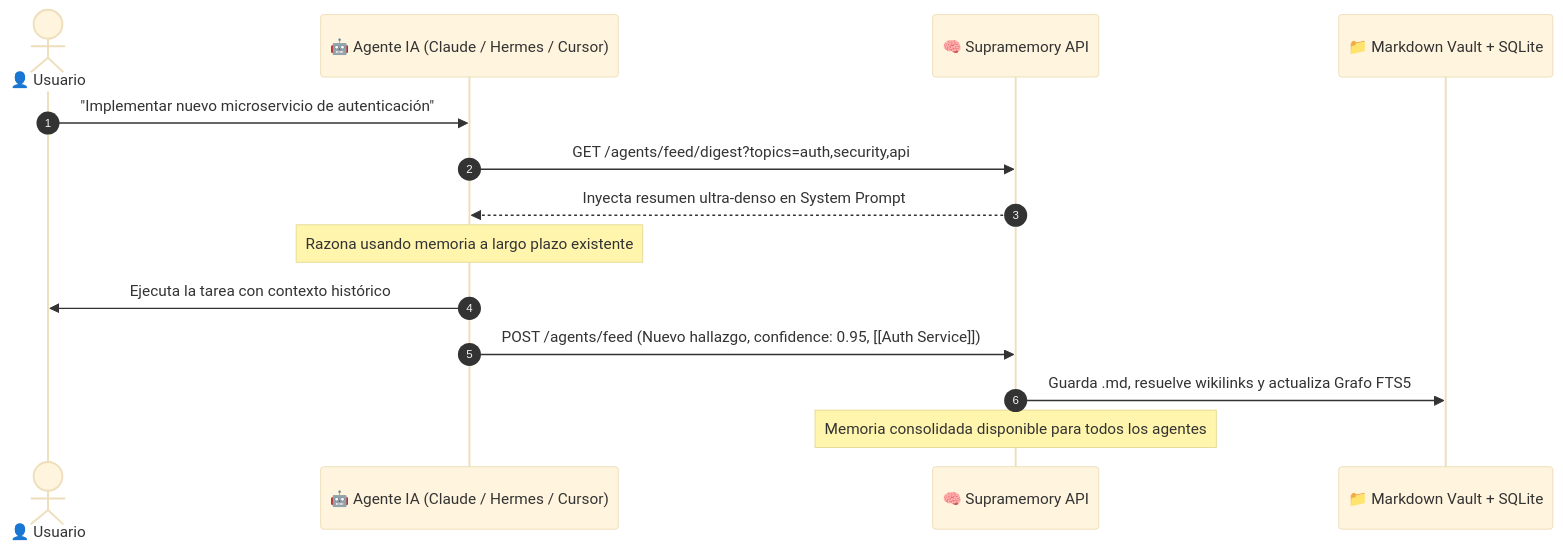
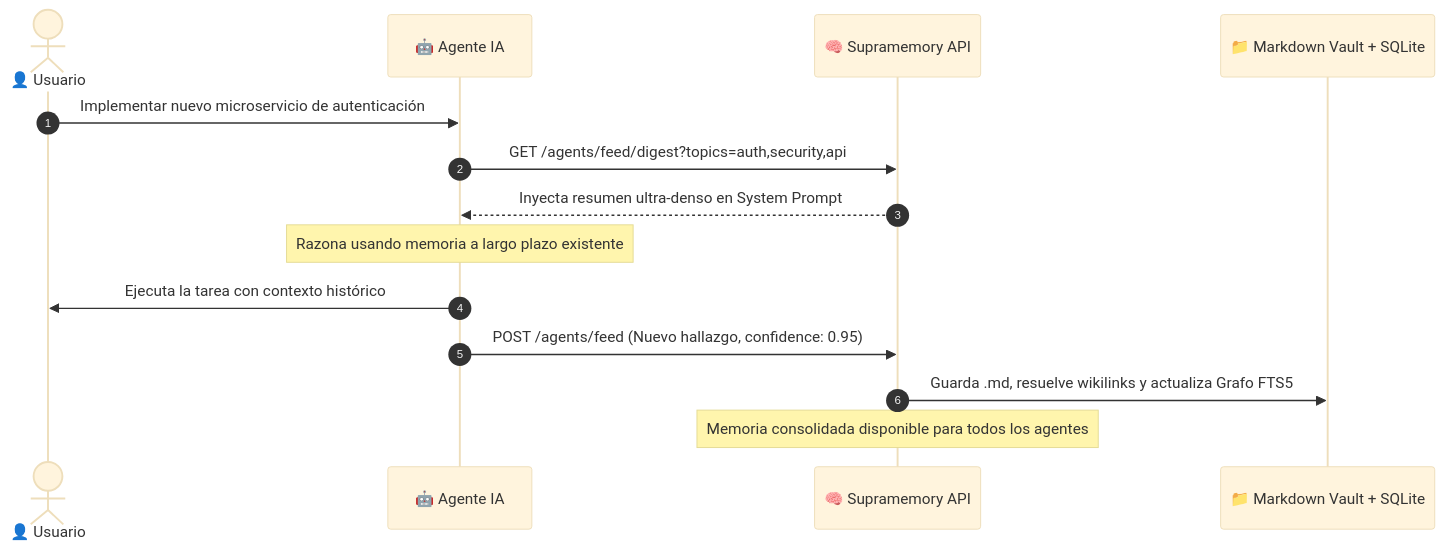
Before and after one commit to MikelCuellar/supramemory: the first of 3 diagrams in README.md, drawn with Mermaid (base theme). The commit also changed other lines of this file, not shown here.

Commit message:
docs(readme): fix Mermaid diagram syntax errors for GitHub rendering

````diff
--- a/README.md
+++ b/README.md
@@ -99,17 +99,17 @@
 ```mermaid
 sequenceDiagram
     autonumber
     actor User as 👤 Usuario
-    participant Agent as 🤖 Agente IA (Claude / Hermes / Cursor)
+    participant Agent as 🤖 Agente IA
     participant Supra as 🧠 Supramemory API
     participant Vault as 📁 Markdown Vault + SQLite
 
-    User->>Agent: "Implementar nuevo microservicio de autenticación"
+    User->>Agent: Implementar nuevo microservicio de autenticación
     Agent->>Supra: GET /agents/feed/digest?topics=auth,security,api
     Supra-->>Agent: Inyecta resumen ultra-denso en System Prompt
     Note over Agent: Razona usando memoria a largo plazo existente
     Agent->>User: Ejecuta la tarea con contexto histórico
-    Agent->>Supra: POST /agents/feed (Nuevo hallazgo, confidence: 0.95, [[Auth Service]])
+    Agent->>Supra: POST /agents/feed (Nuevo hallazgo, confidence: 0.95)
     Supra->>Vault: Guarda .md, resuelve wikilinks y actualiza Grafo FTS5
     Note over Supra: Memoria consolidada disponible para todos los agentes
 ```
````
